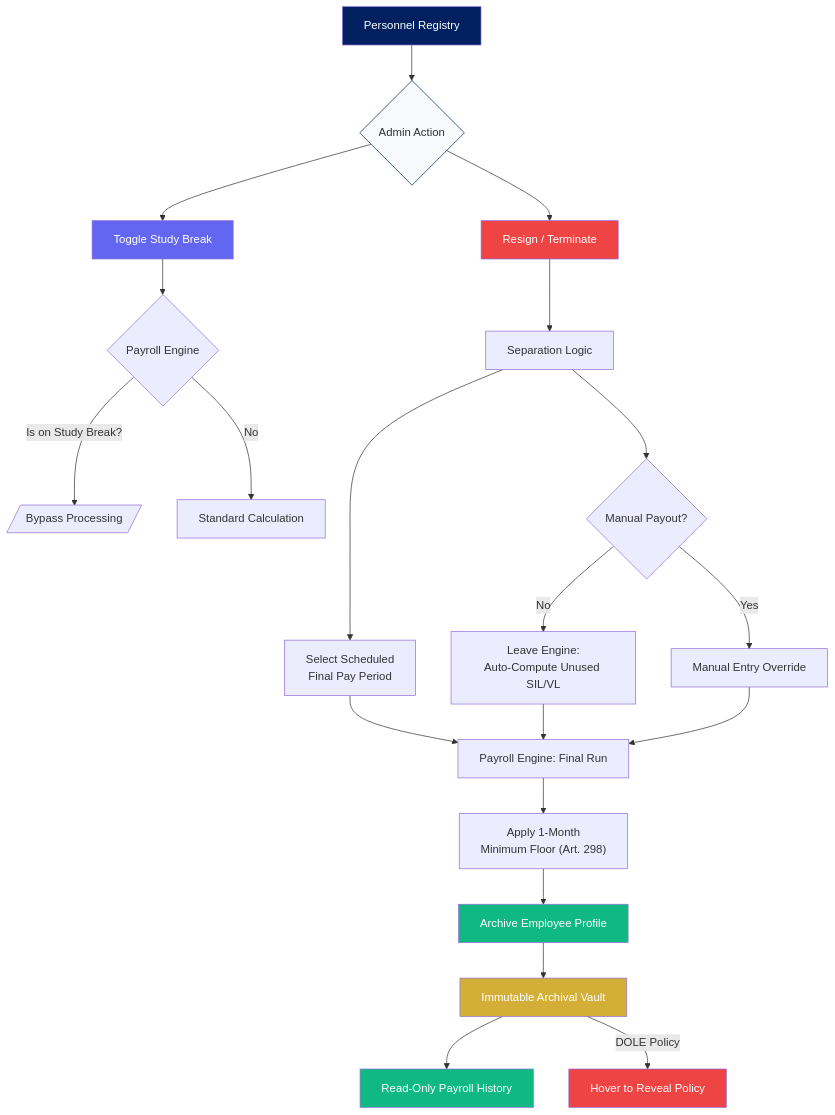
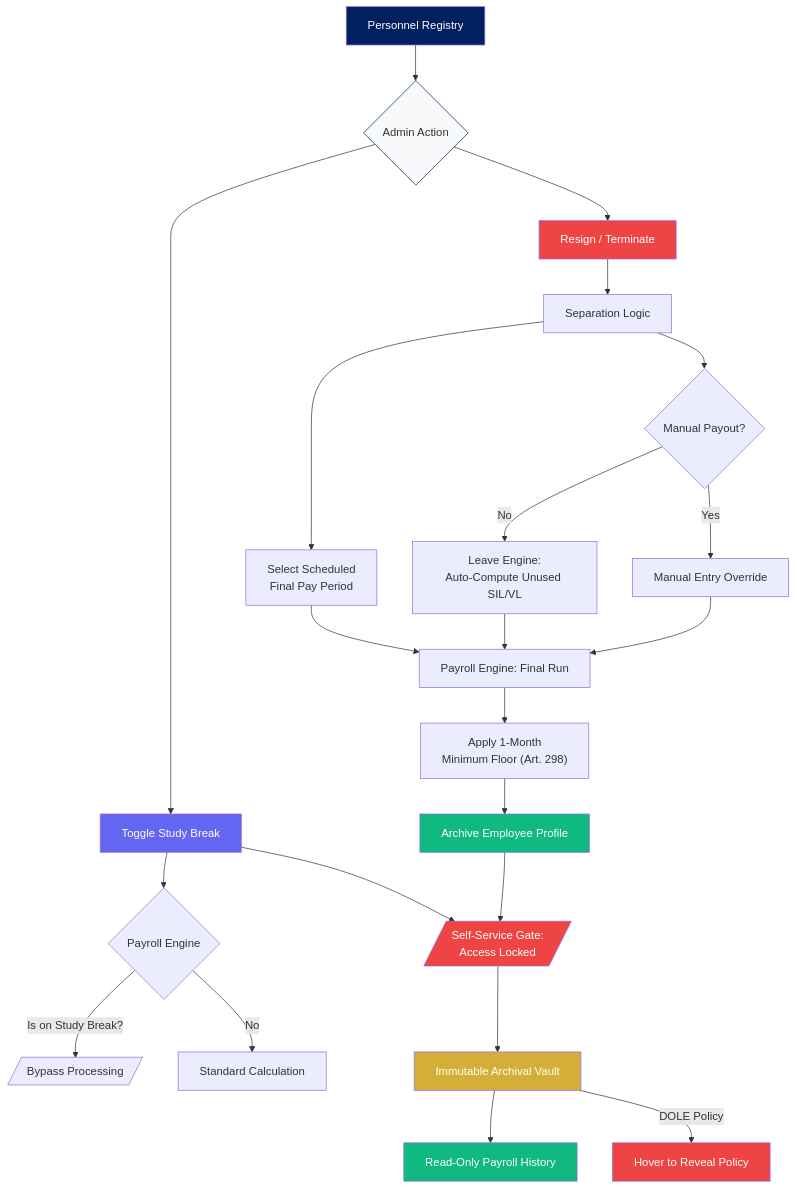
One commit to binssente-crypto/PAYROLL-DOCUMENTATION changed diagram 21 of 49 in README.md. Above: the diagram before and after it, drawn with Mermaid. The commit also changed other lines of this file, not shown here.

Commit message:
PAYROLL DOCUMENTATION UPDATE

````diff
--- a/README.md
+++ b/README.md
@@ -454,37 +975,42 @@
 ```mermaid
 flowchart TD
     REGISTRY[Personnel Registry] --> ACTION{Admin Action}
     
     ACTION --> STUDY[Toggle Study Break]
     STUDY --> PAY_GATE{Payroll Engine}
-    PAY_GATE -- "Is on Study Break?" --> SKIP[/Bypass Processing/]
+    PAY_GATE -- "Is on Study Break?" --> SKIP[/"Bypass Processing"/]
     PAY_GATE -- "No" --> PROC[Standard Calculation]
     
-    ACTION --> SEP[Resign / Terminate]
+    ACTION --> SEP["Resign / Terminate"]
     SEP --> DIALOG[Separation Logic]
     
     DIALOG --> PERIOD["Select Scheduled<br/>Final Pay Period"]
     DIALOG --> LEAVE{"Manual Payout?"}
     
     LEAVE -- No --> AUTO["Leave Engine:<br/>Auto-Compute Unused SIL/VL"]
     LEAVE -- Yes --> MANUAL["Manual Entry Override"]
     
-    PERIOD --> ENGINE[Payroll Engine: Final Run]
+    PERIOD --> ENGINE["Payroll Engine: Final Run"]
     AUTO --> ENGINE
     MANUAL --> ENGINE
     
     ENGINE --> FLOOR["Apply 1-Month<br/>Minimum Floor (Art. 298)"]
     FLOOR --> ARCHIVE[Archive Employee Profile]
-    ARCHIVE --> VAULT[Immutable Archival Vault]
+    
+    STUDY --> GATE[/"Self-Service Gate:<br/>Access Locked"/]
+    ARCHIVE --> GATE
+    GATE --> VAULT[Immutable Archival Vault]
+    
     VAULT --> HISTORY[Read-Only Payroll History]
     VAULT -- "DOLE Policy" --> PROTECT[Hover to Reveal Policy]
 
     style REGISTRY fill:#002060,color:#fff
     style ACTION fill:#f8f9fa,stroke:#002060
     style STUDY fill:#6366f1,color:#fff
     style SEP fill:#ef4444,color:#fff
     style ARCHIVE fill:#10b981,color:#fff
     style VAULT fill:#D4AF37,color:#fff
     style PROTECT fill:#ef4444,color:#fff
     style HISTORY fill:#10b981,color:#fff
+    style GATE fill:#ef4444,color:#fff
 ```
````
